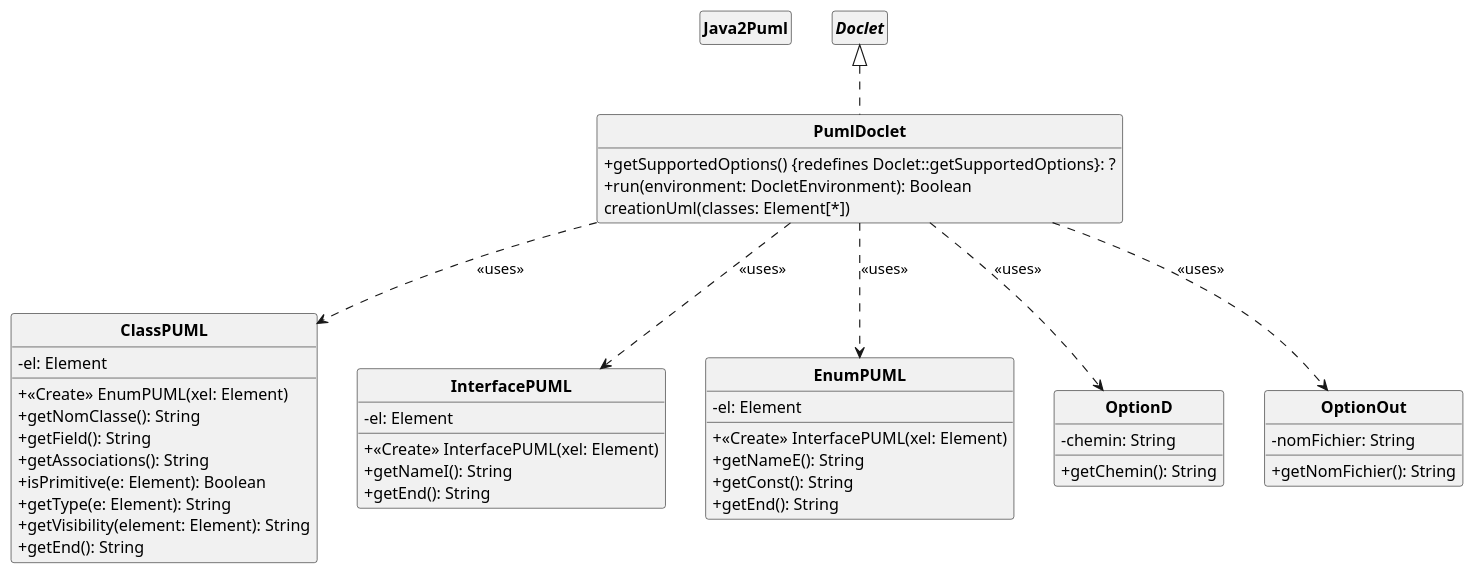
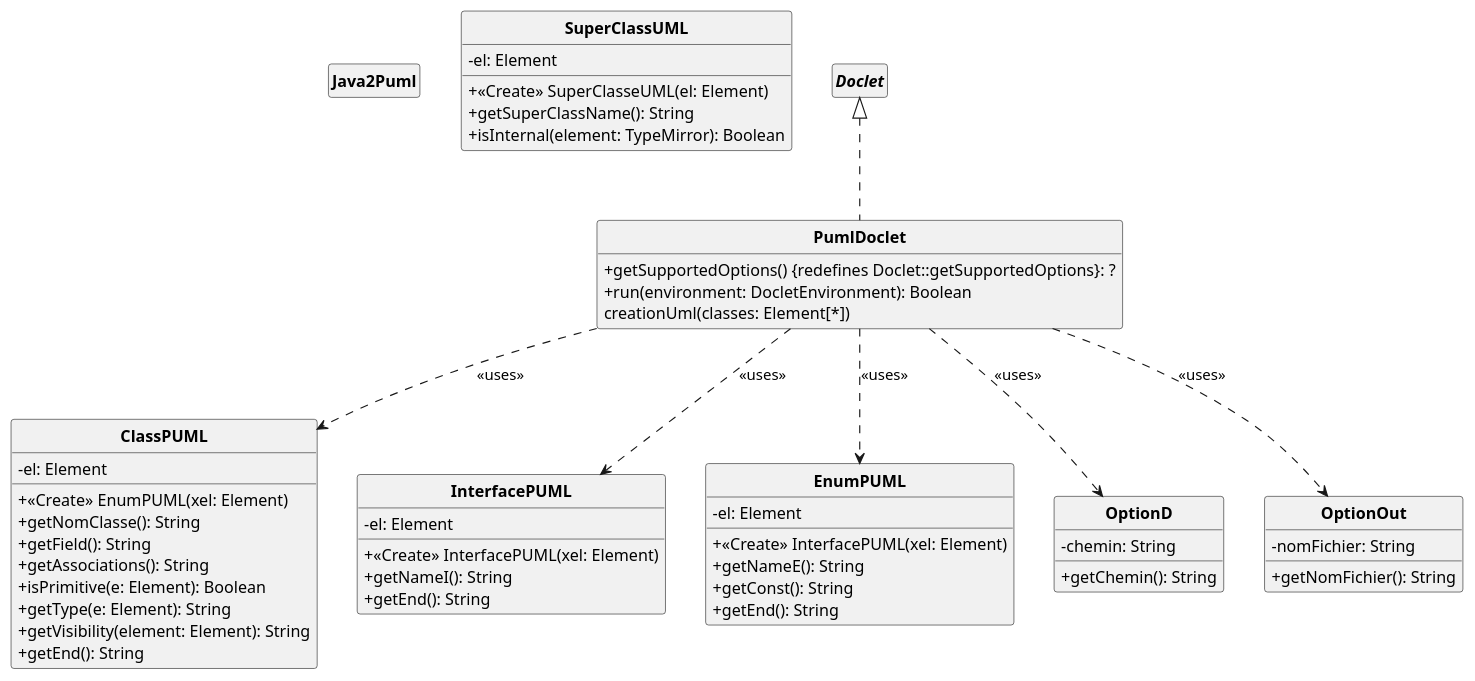
One commit to SylvainSchaefer/Java-to-PUML changed the diagram in src/pumlFromJava/DCC_pumlFromJava.puml. Above: the diagram before and after it, drawn with PlantUML. The commit also changed 2 other files, not shown here.

Commit message:
Sylvain : Modif SuperClassUML(isInternal()) et DCC_pumlFromJava

```diff
--- a/src/pumlFromJava/DCC_pumlFromJava.puml
+++ b/src/pumlFromJava/DCC_pumlFromJava.puml
@@ -1,77 +1,85 @@
 @startuml
 'https://plantuml.com/sequence-diagram
 skinparam style strictuml
 skinparam classAttributeIconSize 0
 skinparam classFontStyle Bold
 hide empty members
 
 
 
 class Java2Puml
 {
+}
+
+class SuperClassUML
+{
+    -el: Element
+    +<<Create>> SuperClasseUML(el: Element)
+    +getSuperClassName(): String
+    +isInternal(element: TypeMirror): Boolean
 }
 
 
 class ClassPUML
 {
     -el: Element
     +<<Create>> EnumPUML(xel: Element)
     +getNomClasse(): String
     +getField(): String
     +getAssociations(): String
     +isPrimitive(e: Element): Boolean
     +getType(e: Element): String
     +getVisibility(element: Element): String
     +getEnd(): String
 }
 
 
 class InterfacePUML
 {
     -el: Element
     +<<Create>> InterfacePUML(xel: Element)
     +getNameI(): String
     +getEnd(): String
 }
 
 
 class EnumPUML
 {
     -el: Element
     +<<Create>> InterfacePUML(xel: Element)
     +getNameE(): String
     +getConst(): String
     +getEnd(): String
 }
 
 
 
 class PumlDoclet implements Doclet
 {
     +getSupportedOptions() {redefines Doclet::getSupportedOptions}: ?
     +run(environment: DocletEnvironment): Boolean
     creationUml(classes: Element[*])
 }
 
 
 class OptionD implements Doclet.Option
 {
     -chemin: String
     +getChemin(): String
 }
 
 
 class OptionOut implements Doclet.Option
 {
     -nomFichier: String
     +getNomFichier(): String
 }
 
 PumlDoclet  ..>  ClassPUML: <<uses>>
 PumlDoclet  ..>  InterfacePUML: <<uses>>
 PumlDoclet  ..>  EnumPUML: <<uses>>
 
 PumlDoclet  ..>  OptionD: <<uses>>
 PumlDoclet  ..>  OptionOut: <<uses>>
 
 @enduml
```
